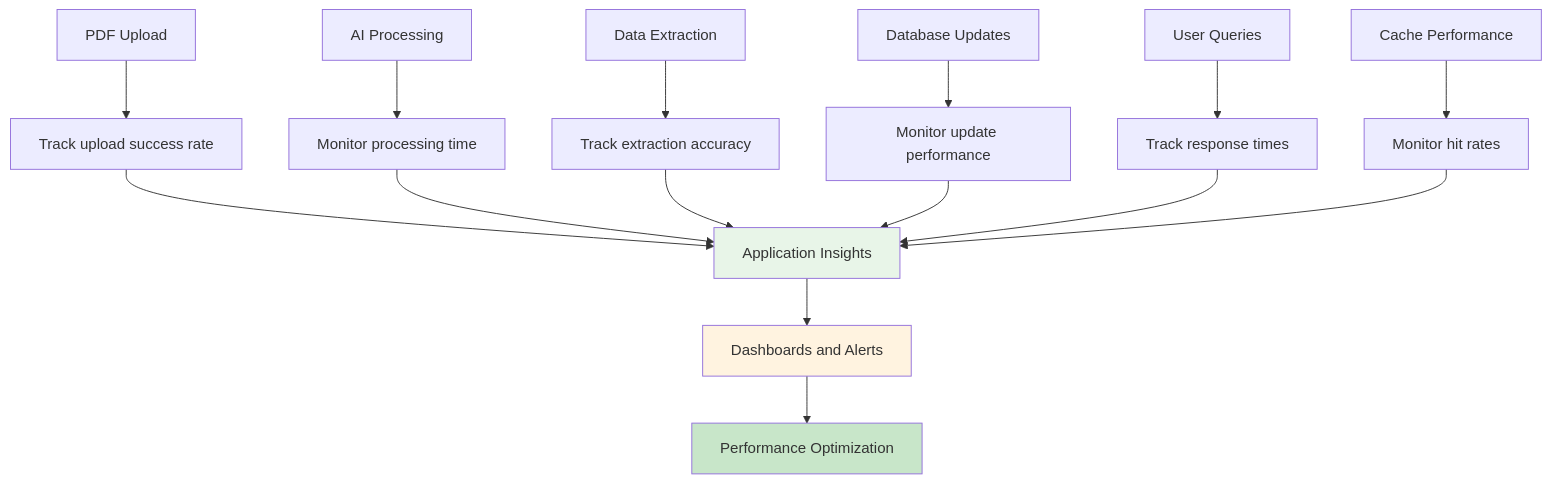
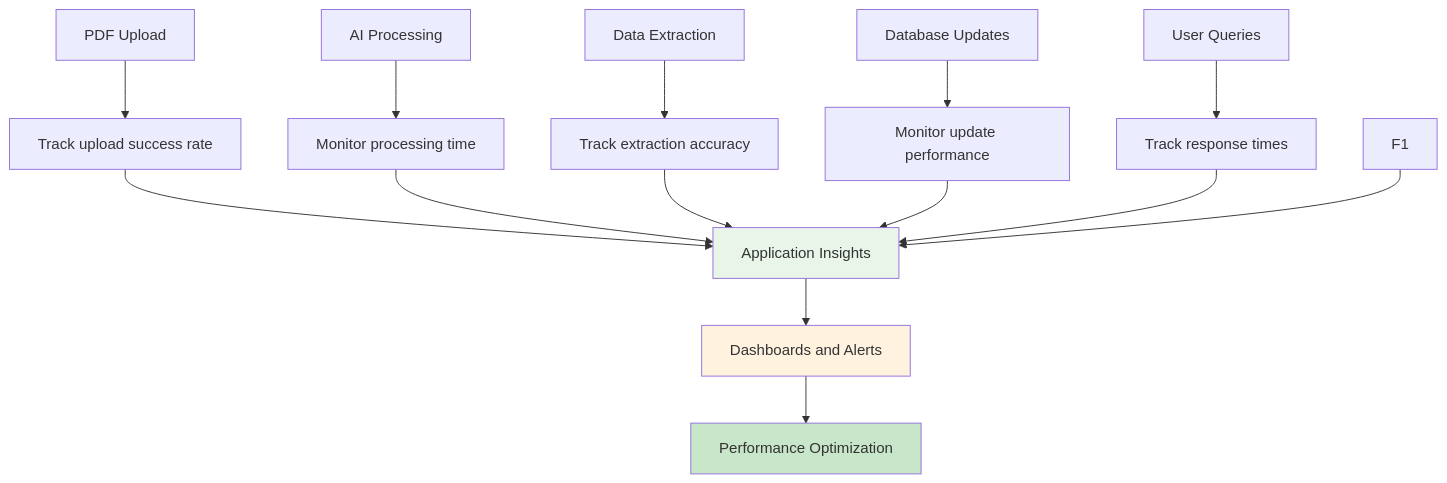
Diagram 12 of 13 in docs/Process-Flow-Documentation.md (rockfordlhotka/BlazorFishingRegs), drawn with Mermaid before and after one commit. The commit also changed other lines of this file and 26 other files, not shown here.

````diff
--- a/docs/Process-Flow-Documentation.md
+++ b/docs/Process-Flow-Documentation.md
@@ -316,23 +296,22 @@
 ```mermaid
 graph TD
     A[PDF Upload] --> A1[Track upload success rate]
     B[AI Processing] --> B1[Monitor processing time]
     C[Data Extraction] --> C1[Track extraction accuracy]
     D[Database Updates] --> D1[Monitor update performance]
     E[User Queries] --> E1[Track response times]
-    F[Cache Performance] --> F1[Monitor hit rates]
     
     A1 --> G[Application Insights]
     B1 --> G
     C1 --> G
     D1 --> G
     E1 --> G
     F1 --> G
     
     G --> H[Dashboards and Alerts]
     H --> I[Performance Optimization]
     
     style G fill:#e8f5e8
     style H fill:#fff3e0
     style I fill:#c8e6c9
 ```
````
